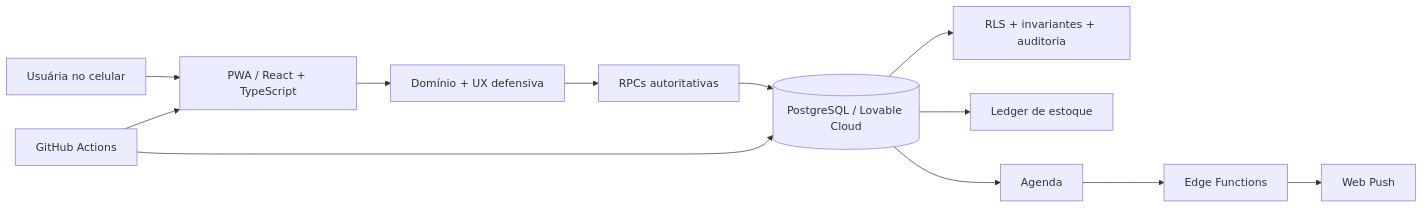
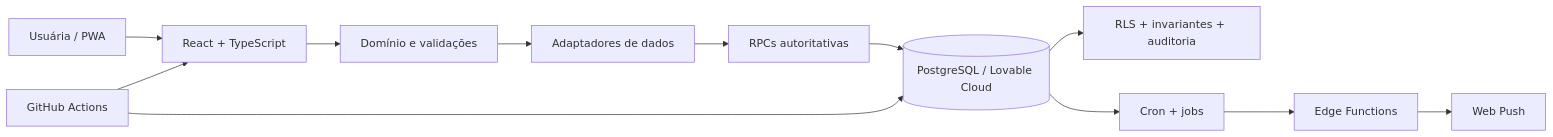
Before and after one commit to kauefsantos/nat-gestao-low-code: the diagram in README.md, drawn with Mermaid. The commit also changed other lines of this file and 7 other files, not shown here.

````diff
--- a/README.md
+++ b/README.md
@@ -163,14 +108,14 @@
 ```mermaid
 flowchart LR
-    U[Usuária no celular] --> PWA[PWA / React + TypeScript]
-    PWA --> UX[Domínio + UX defensiva]
-    UX --> RPC[RPCs autoritativas]
+    U[Usuária / PWA] --> UI[React + TypeScript]
+    UI --> DOMAIN[Domínio e validações]
+    DOMAIN --> DATA[Adaptadores de dados]
+    DATA --> RPC[RPCs autoritativas]
     RPC --> DB[(PostgreSQL / Lovable Cloud)]
     DB --> SEC[RLS + invariantes + auditoria]
-    DB --> INV[Ledger de estoque]
-    DB --> CAL[Agenda]
-    CAL --> EDGE[Edge Functions]
+    DB --> JOBS[Cron + jobs]
+    JOBS --> EDGE[Edge Functions]
     EDGE --> PUSH[Web Push]
-    CI[GitHub Actions] --> PWA
+    CI[GitHub Actions] --> UI
     CI --> DB
 ```
````
